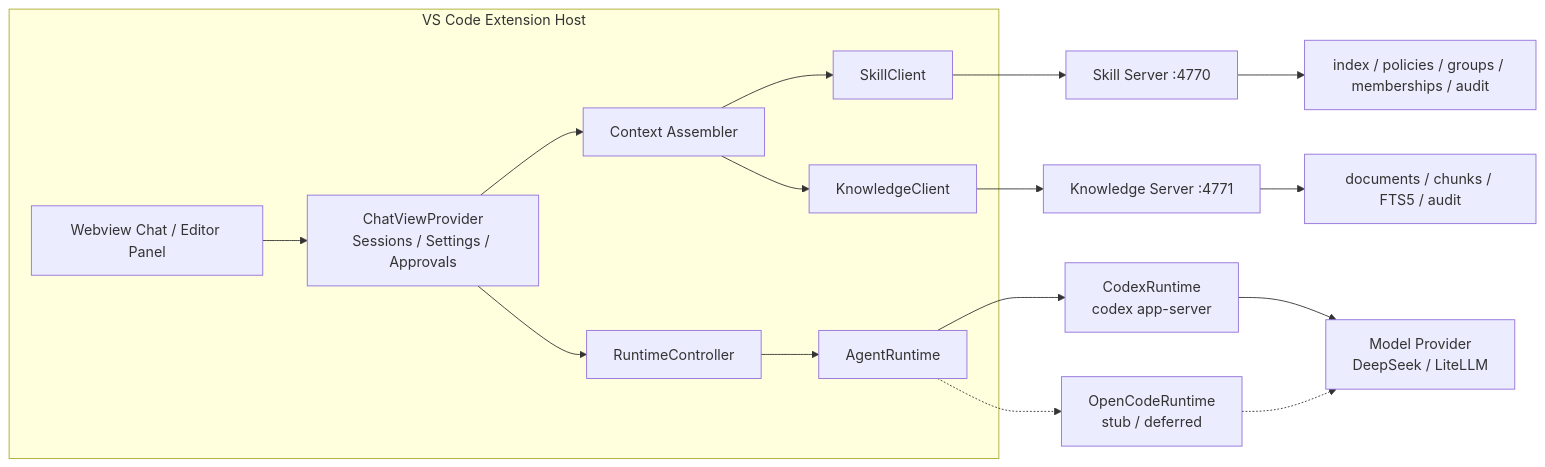
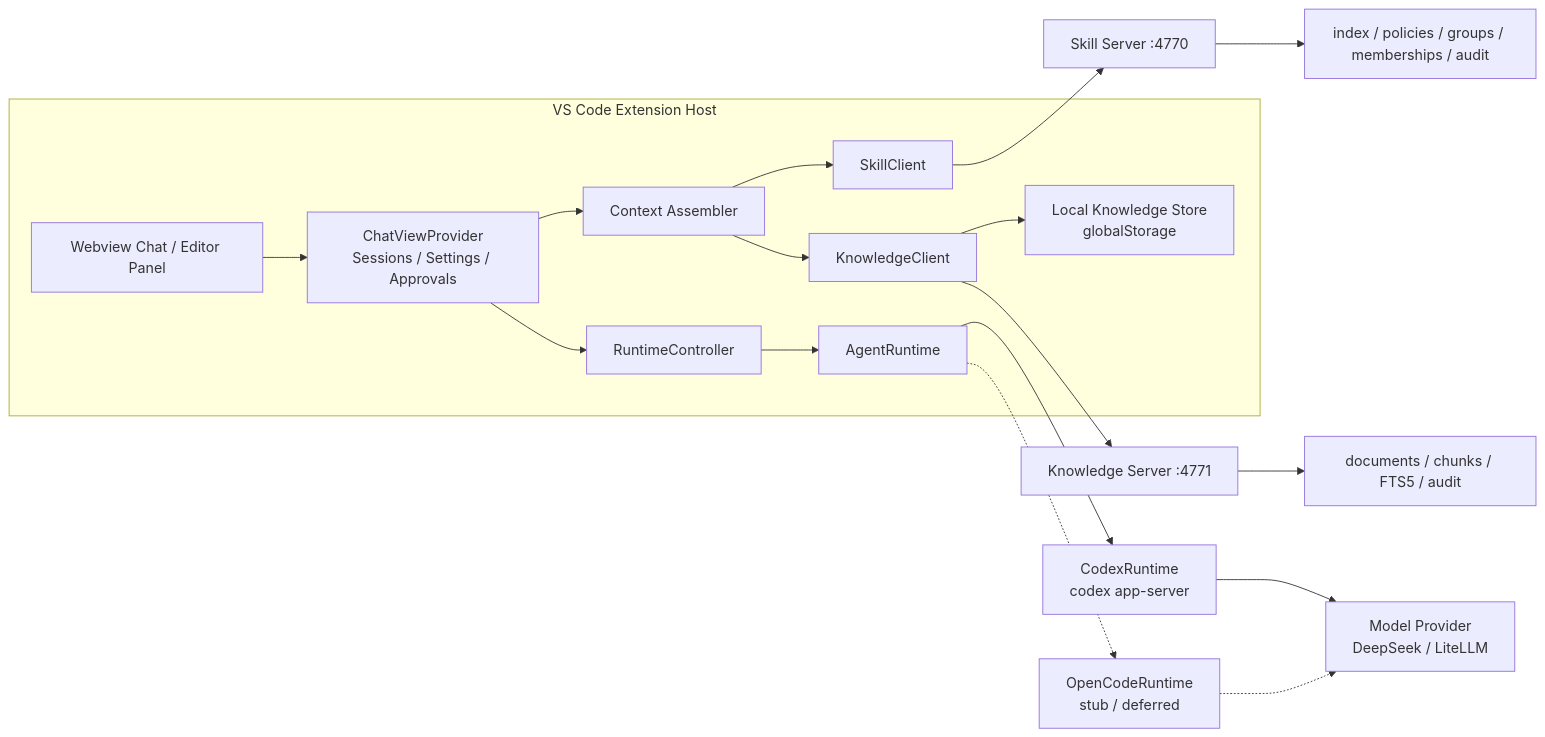
The diagram in README.md (ozzzzzh/AgentBox), drawn with Mermaid before and after one commit. The commit also changed other lines of this file and 19 other files, not shown here.

````diff
--- a/README.md
+++ b/README.md
@@ -75,28 +75,30 @@
 ```mermaid
 flowchart LR
   subgraph VSCode["VS Code Extension Host"]
     Webview["Webview Chat / Editor Panel"]
     Chat["ChatViewProvider<br/>Sessions / Settings / Approvals"]
     Context["Context Assembler"]
     SkillClient["SkillClient"]
     KnowledgeClient["KnowledgeClient"]
+    LocalKnowledge["Local Knowledge Store<br/>globalStorage"]
     Controller["RuntimeController"]
     Runtime["AgentRuntime"]
   end
 
   Webview --> Chat
   Chat --> Context
   Chat --> Controller
   Context --> SkillClient
   Context --> KnowledgeClient
   Controller --> Runtime
   Runtime --> Codex["CodexRuntime<br/>codex app-server"]
   Runtime -.-> OpenCode["OpenCodeRuntime<br/>stub / deferred"]
   Codex --> Model["Model Provider<br/>DeepSeek / LiteLLM"]
   OpenCode -.-> Model
 
   SkillClient --> SkillServer["Skill Server :4770"]
+  KnowledgeClient --> LocalKnowledge
   KnowledgeClient --> KnowledgeServer["Knowledge Server :4771"]
   SkillServer --> SkillData["index / policies / groups / memberships / audit"]
   KnowledgeServer --> KBData["documents / chunks / FTS5 / audit"]
 ```
````
